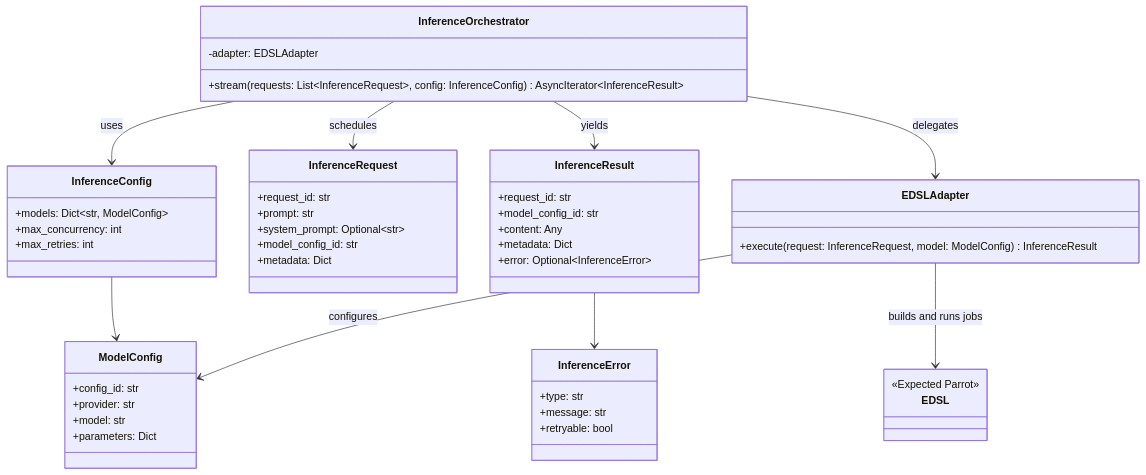
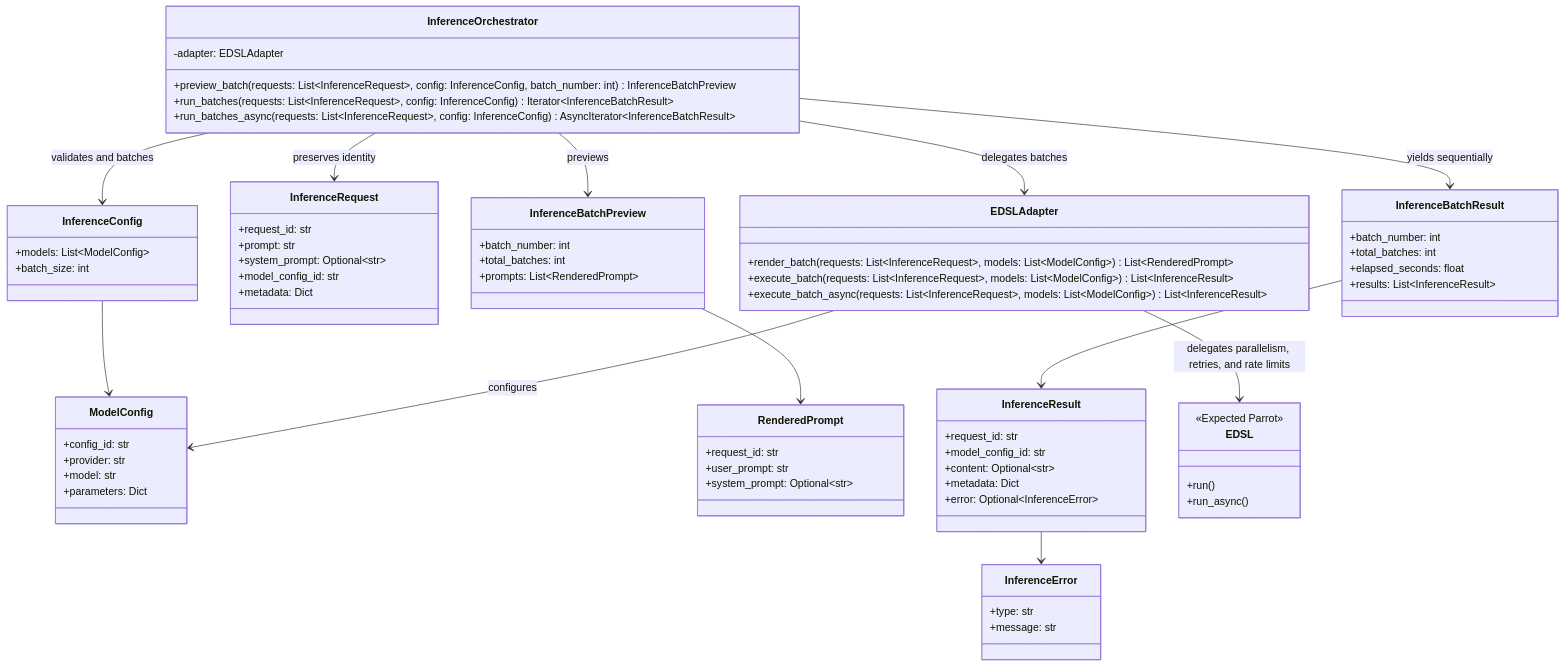
The diagram in docs/architecture/inference.mmd (KirillUtyashev/LLM_AuditKit), drawn with Mermaid before and after one commit. The commit also changed 9 other files, not shown here.

Commit message:
Document batched sync and async inference

```diff
--- a/docs/architecture/inference.mmd
+++ b/docs/architecture/inference.mmd
@@ -1,53 +1,76 @@
 ---
 config:
   theme: mc
 ---
 classDiagram
     class InferenceConfig {
-        +models: Dict~str, ModelConfig~
-        +max_concurrency: int
-        +max_retries: int
+        +models: List~ModelConfig~
+        +batch_size: int
     }
     class ModelConfig {
         +config_id: str
         +provider: str
         +model: str
         +parameters: Dict
     }
     class InferenceRequest {
         +request_id: str
         +prompt: str
         +system_prompt: Optional~str~
         +model_config_id: str
         +metadata: Dict
     }
+    class RenderedPrompt {
+        +request_id: str
+        +user_prompt: str
+        +system_prompt: Optional~str~
+    }
+    class InferenceBatchPreview {
+        +batch_number: int
+        +total_batches: int
+        +prompts: List~RenderedPrompt~
+    }
+    class InferenceBatchResult {
+        +batch_number: int
+        +total_batches: int
+        +elapsed_seconds: float
+        +results: List~InferenceResult~
+    }
     class InferenceResult {
         +request_id: str
         +model_config_id: str
-        +content: Any
+        +content: Optional~str~
         +metadata: Dict
         +error: Optional~InferenceError~
     }
     class InferenceError {
         +type: str
         +message: str
-        +retryable: bool
     }
     class InferenceOrchestrator {
         -adapter: EDSLAdapter
-        +stream(requests: List~InferenceRequest~, config: InferenceConfig) AsyncIterator~InferenceResult~
+        +preview_batch(requests: List~InferenceRequest~, config: InferenceConfig, batch_number: int) InferenceBatchPreview
+        +run_batches(requests: List~InferenceRequest~, config: InferenceConfig) Iterator~InferenceBatchResult~
+        +run_batches_async(requests: List~InferenceRequest~, config: InferenceConfig) AsyncIterator~InferenceBatchResult~
     }
     class EDSLAdapter {
-        +execute(request: InferenceRequest, model: ModelConfig) InferenceResult
+        +render_batch(requests: List~InferenceRequest~, models: List~ModelConfig~) List~RenderedPrompt~
+        +execute_batch(requests: List~InferenceRequest~, models: List~ModelConfig~) List~InferenceResult~
+        +execute_batch_async(requests: List~InferenceRequest~, models: List~ModelConfig~) List~InferenceResult~
     }
     class EDSL {
         <<Expected Parrot>>
+        +run()
+        +run_async()
     }
     InferenceConfig --> ModelConfig
-    InferenceOrchestrator --> InferenceConfig : uses
-    InferenceOrchestrator --> InferenceRequest : schedules
-    InferenceOrchestrator --> InferenceResult : yields
+    InferenceOrchestrator --> InferenceConfig : validates and batches
+    InferenceOrchestrator --> InferenceRequest : preserves identity
+    InferenceOrchestrator --> InferenceBatchPreview : previews
+    InferenceBatchPreview --> RenderedPrompt
+    InferenceOrchestrator --> InferenceBatchResult : yields sequentially
+    InferenceBatchResult --> InferenceResult
     InferenceResult --> InferenceError
-    InferenceOrchestrator --> EDSLAdapter : delegates
+    InferenceOrchestrator --> EDSLAdapter : delegates batches
     EDSLAdapter --> ModelConfig : configures
-    EDSLAdapter --> EDSL : builds and runs jobs
+    EDSLAdapter --> EDSL : delegates parallelism, retries, and rate limits
```
